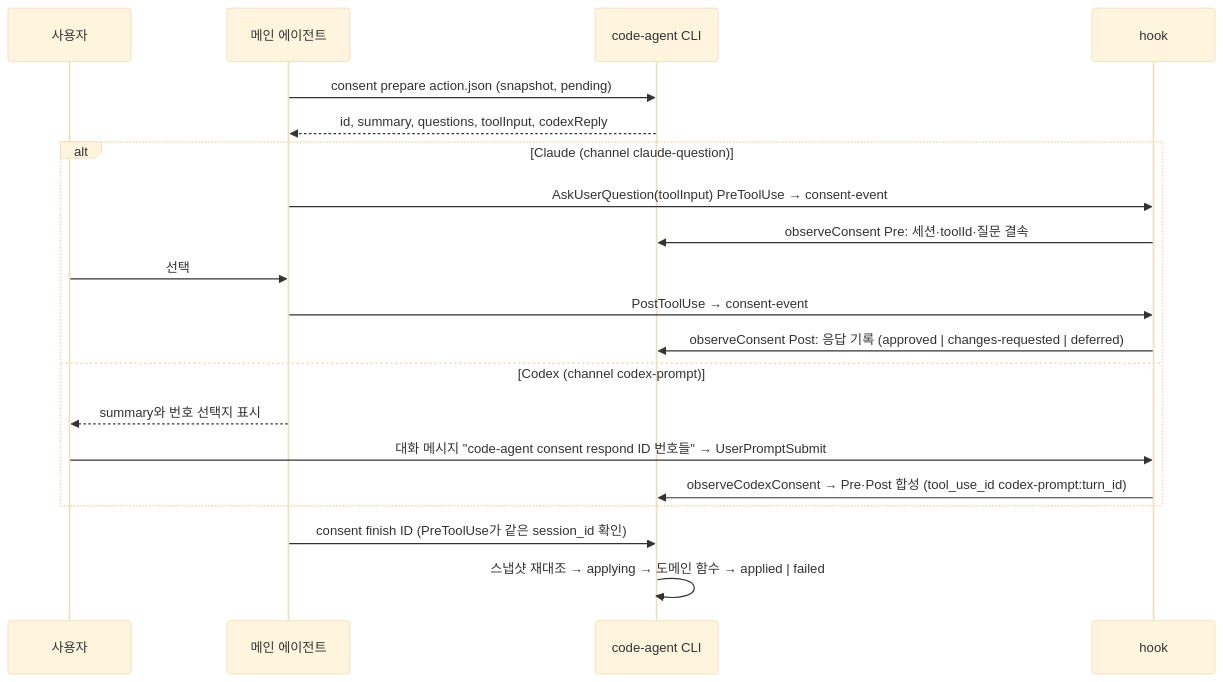
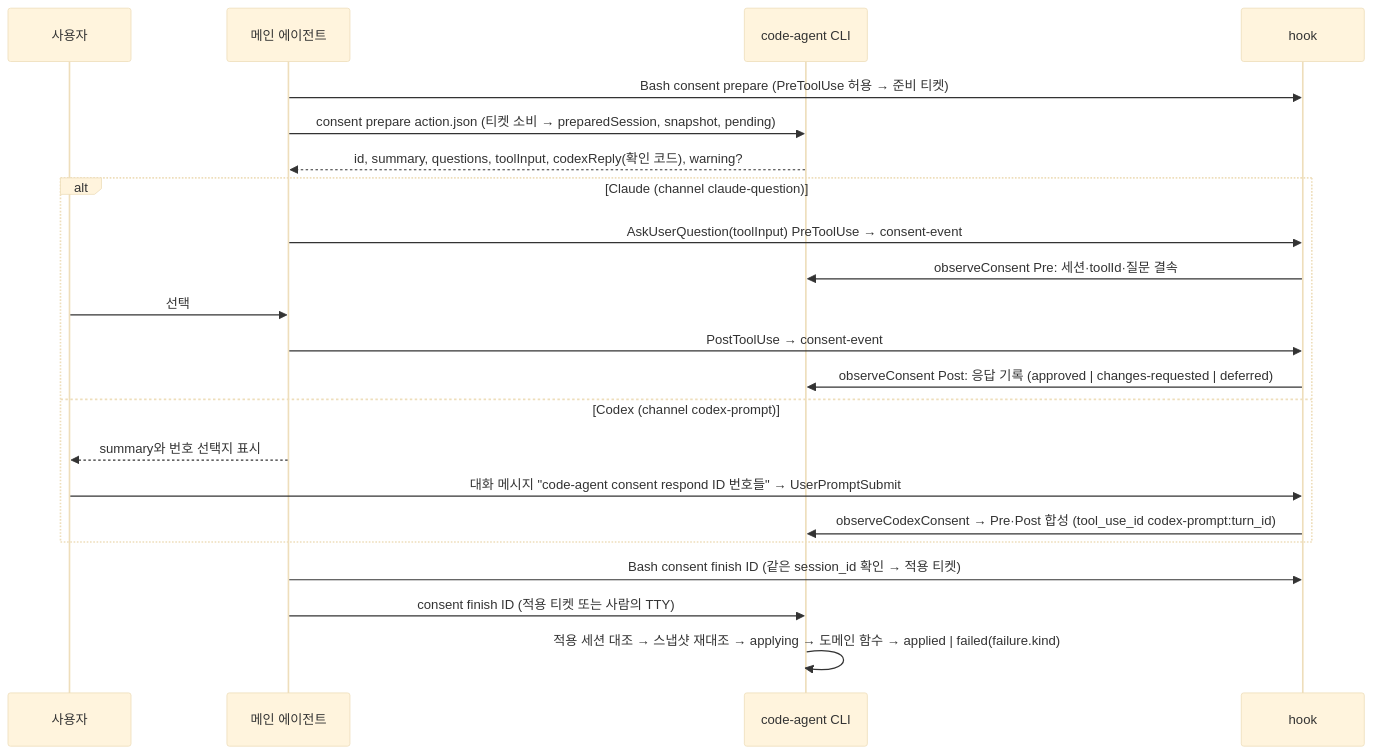
One commit to collenkim/code-agent changed the second of 3 diagrams in doc/process-flow.md. Above: the diagram before and after it, drawn with Mermaid (base theme). The commit also changed other lines of this file and 59 other files, not shown here.

````diff
--- a/doc/process-flow.md
+++ b/doc/process-flow.md
@@ -141,22 +144,24 @@
 ```mermaid
 sequenceDiagram
   participant U as 사용자
   participant M as 메인 에이전트
   participant C as code-agent CLI
   participant H as hook
-  M->>C: consent prepare action.json (snapshot, pending)
-  C-->>M: id, summary, questions, toolInput, codexReply
+  M->>H: Bash consent prepare (PreToolUse 허용 → 준비 티켓)
+  M->>C: consent prepare action.json (티켓 소비 → preparedSession, snapshot, pending)
+  C-->>M: id, summary, questions, toolInput, codexReply(확인 코드), warning?
   alt Claude (channel claude-question)
     M->>H: AskUserQuestion(toolInput) PreToolUse → consent-event
     H->>C: observeConsent Pre: 세션·toolId·질문 결속
     U->>M: 선택
     M->>H: PostToolUse → consent-event
     H->>C: observeConsent Post: 응답 기록 (approved | changes-requested | deferred)
   else Codex (channel codex-prompt)
     M-->>U: summary와 번호 선택지 표시
     U->>H: 대화 메시지 "code-agent consent respond ID 번호들" → UserPromptSubmit
     H->>C: observeCodexConsent → Pre·Post 합성 (tool_use_id codex-prompt:turn_id)
   end
-  M->>C: consent finish ID (PreToolUse가 같은 session_id 확인)
-  C->>C: 스냅샷 재대조 → applying → 도메인 함수 → applied | failed
+  M->>H: Bash consent finish ID (같은 session_id 확인 → 적용 티켓)
+  M->>C: consent finish ID (적용 티켓 또는 사람의 TTY)
+  C->>C: 적용 세션 대조 → 스냅샷 재대조 → applying → 도메인 함수 → applied | failed(failure.kind)
 ```
````
